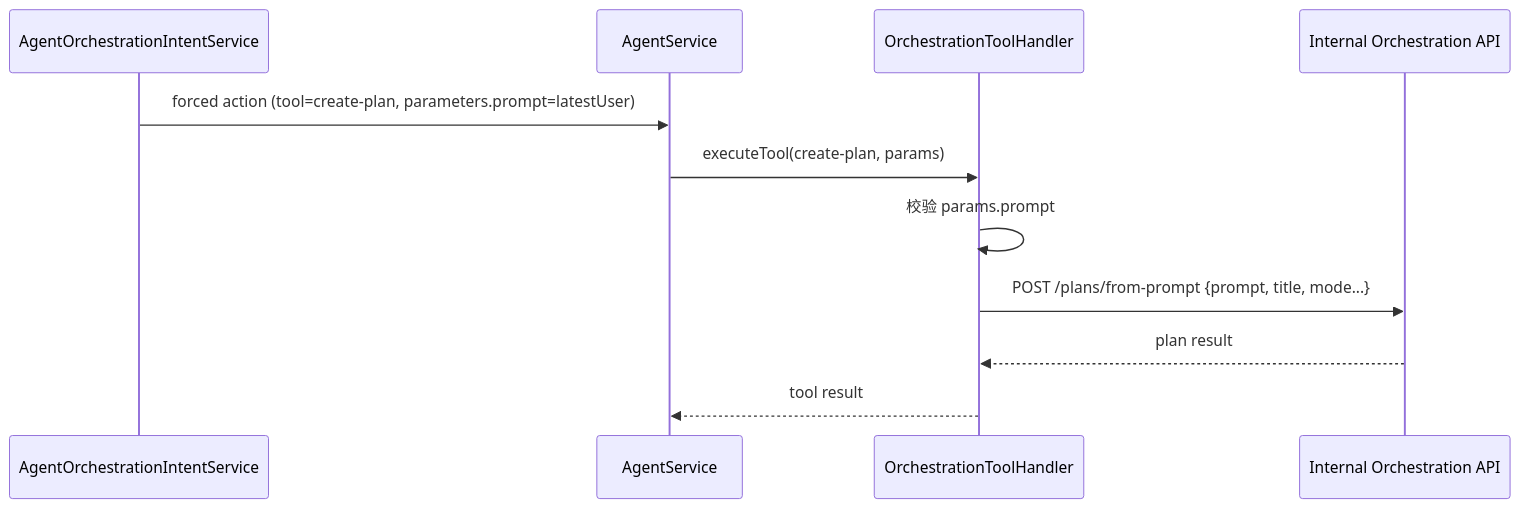
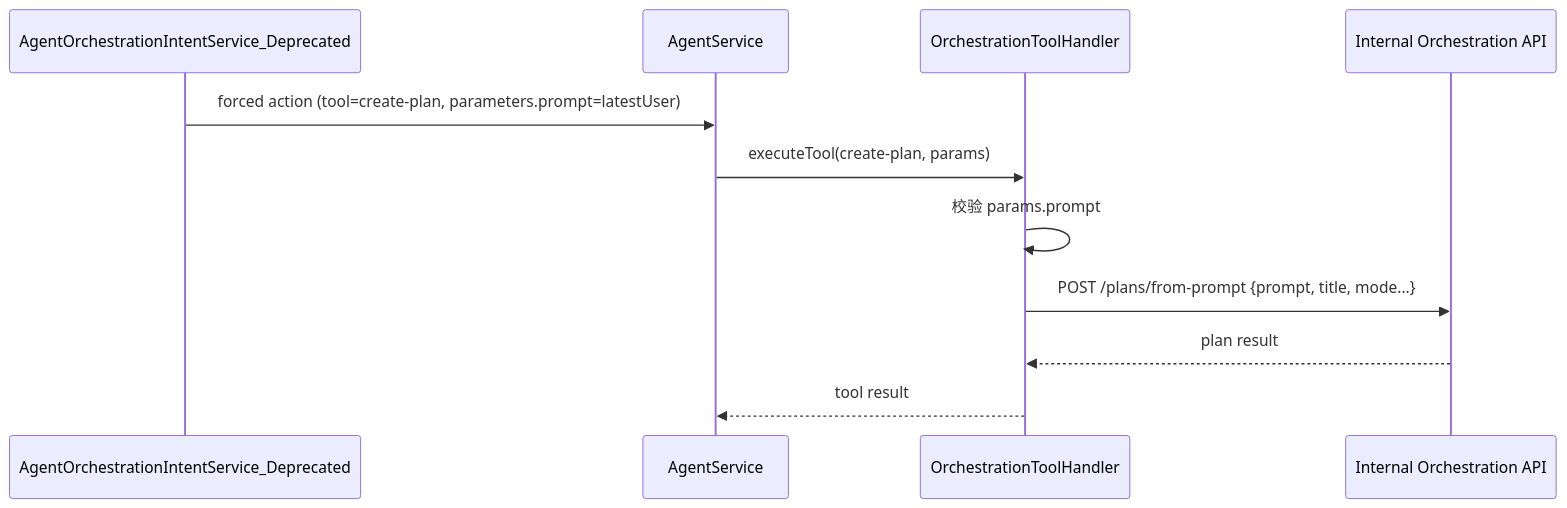
The fourth of 4 diagrams in docs/technical/AGENTS_PROMPT_CONTEXT_CALLCHAIN.md (ytpo-ai/harbin), drawn with Mermaid before and after one commit. The commit also changed other lines of this file and 150 other files, not shown here.

````diff
--- a/docs/technical/AGENTS_PROMPT_CONTEXT_CALLCHAIN.md
+++ b/docs/technical/AGENTS_PROMPT_CONTEXT_CALLCHAIN.md
@@ -99,14 +99,14 @@
 ```mermaid
 sequenceDiagram
-    participant I as AgentOrchestrationIntentService
+    participant I as AgentOrchestrationIntentService_Deprecated
     participant S as AgentService
     participant T as OrchestrationToolHandler
     participant API as Internal Orchestration API
 
     I->>S: forced action (tool=create-plan, parameters.prompt=latestUser)
     S->>T: executeTool(create-plan, params)
     T->>T: 校验 params.prompt
     T->>API: POST /plans/from-prompt {prompt, title, mode...}
     API-->>T: plan result
     T-->>S: tool result
 ```
````
